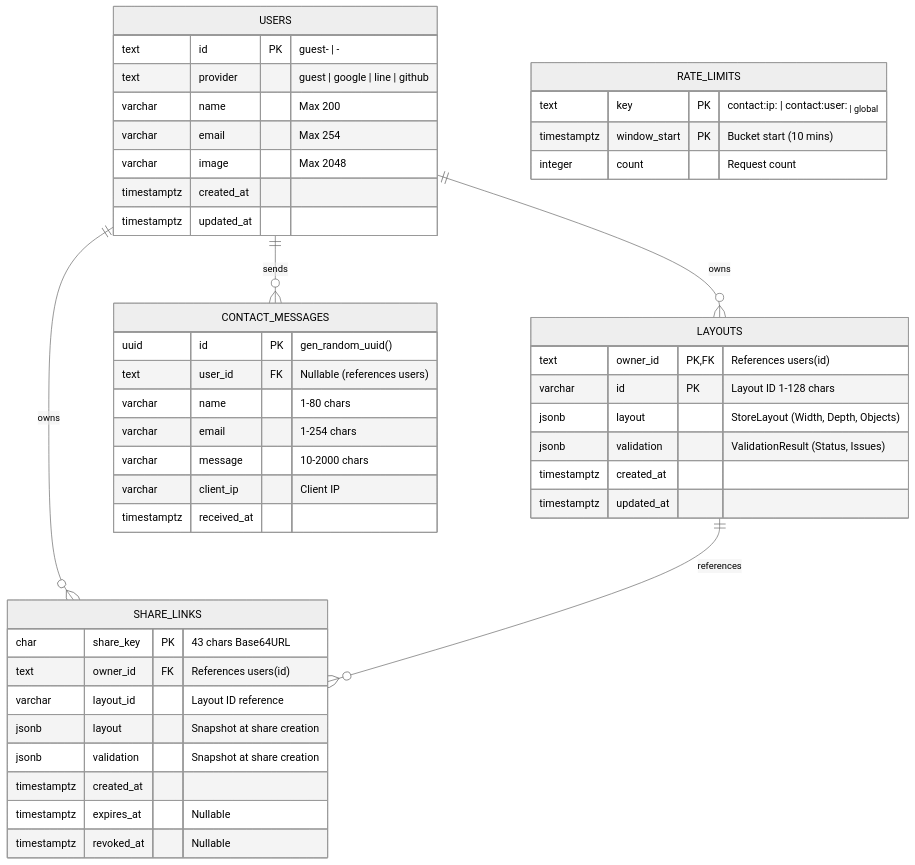
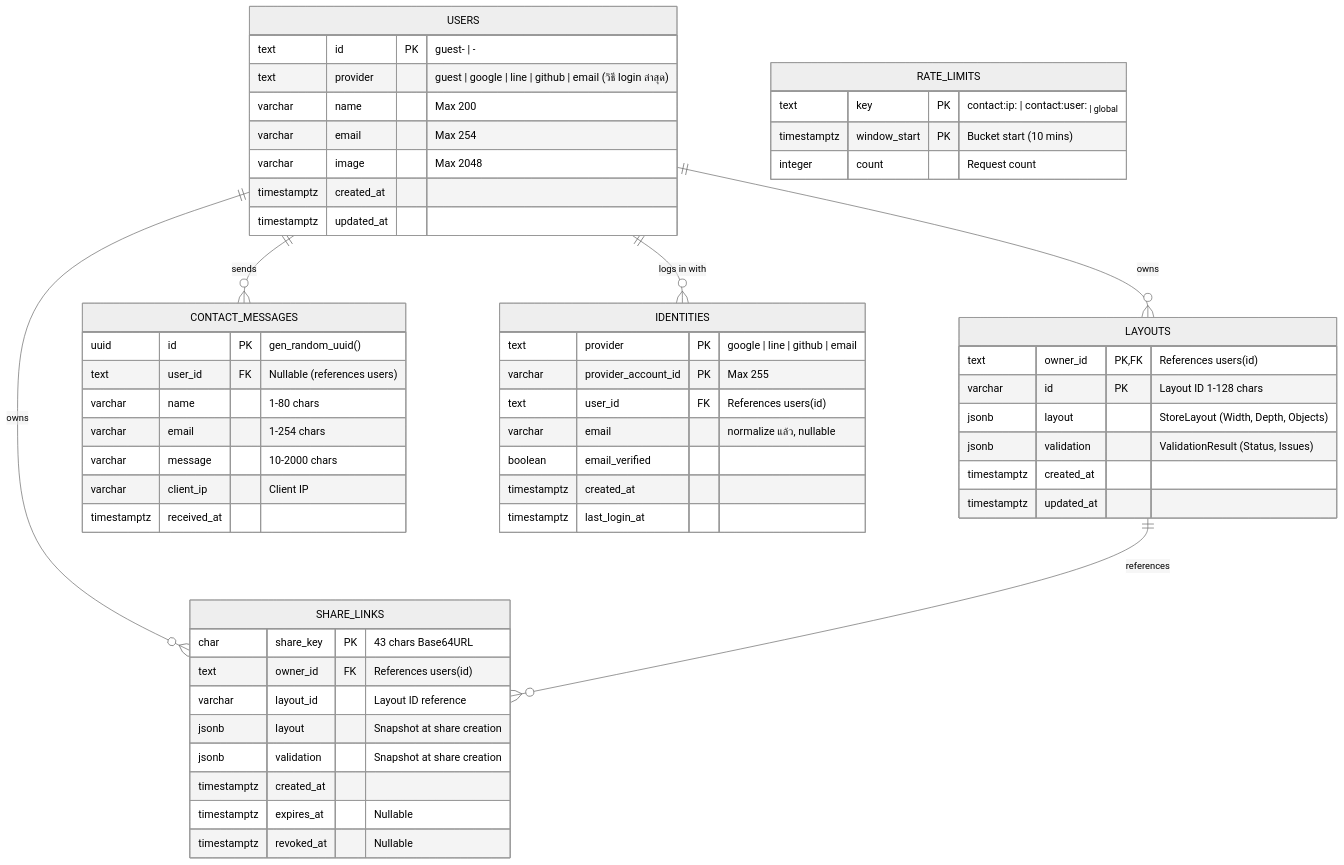
Before and after one commit to bosskantaponguttarawichien-boop/wang-raan-service: the second of 3 diagrams in architecture.md, drawn with Mermaid (neutral theme). The commit also changed other lines of this file and 10 other files, not shown here.

````diff
--- a/architecture.md
+++ b/architecture.md
@@ -146,53 +146,63 @@
 ```mermaid
 erDiagram
     USERS ||--o{ LAYOUTS : owns
     USERS ||--o{ SHARE_LINKS : owns
     USERS ||--o{ CONTACT_MESSAGES : sends
+    USERS ||--o{ IDENTITIES : "logs in with"
     LAYOUTS ||--o{ SHARE_LINKS : references
 
+    IDENTITIES {
+        text provider PK "google | line | github | email"
+        varchar provider_account_id PK "Max 255"
+        text user_id FK "References users(id)"
+        varchar email "normalize แล้ว, nullable"
+        boolean email_verified
+        timestamptz created_at
+        timestamptz last_login_at
+    }
     USERS {
         text id PK "guest-<uuid> | <provider>-<id>"
-        text provider "guest | google | line | github"
+        text provider "guest | google | line | github | email (วิธี login ล่าสุด)"
         varchar name "Max 200"
         varchar email "Max 254"
         varchar image "Max 2048"
         timestamptz created_at
         timestamptz updated_at
     }
 
     LAYOUTS {
         text owner_id PK, FK "References users(id)"
         varchar id PK "Layout ID 1-128 chars"
         jsonb layout "StoreLayout (Width, Depth, Objects)"
         jsonb validation "ValidationResult (Status, Issues)"
         timestamptz created_at
         timestamptz updated_at
     }
 
     SHARE_LINKS {
         char share_key PK "43 chars Base64URL"
         text owner_id FK "References users(id)"
         varchar layout_id "Layout ID reference"
         jsonb layout "Snapshot at share creation"
         jsonb validation "Snapshot at share creation"
         timestamptz created_at
         timestamptz expires_at "Nullable"
         timestamptz revoked_at "Nullable"
     }
 
     CONTACT_MESSAGES {
         uuid id PK "gen_random_uuid()"
         text user_id FK "Nullable (references users)"
         varchar name "1-80 chars"
         varchar email "1-254 chars"
         varchar message "10-2000 chars"
         varchar client_ip "Client IP"
         timestamptz received_at
     }
 
     RATE_LIMITS {
         text key PK "contact:ip:<ip> | contact:user:<sub> | global"
         timestamptz window_start PK "Bucket start (10 mins)"
         integer count "Request count"
     }
 ```
````
